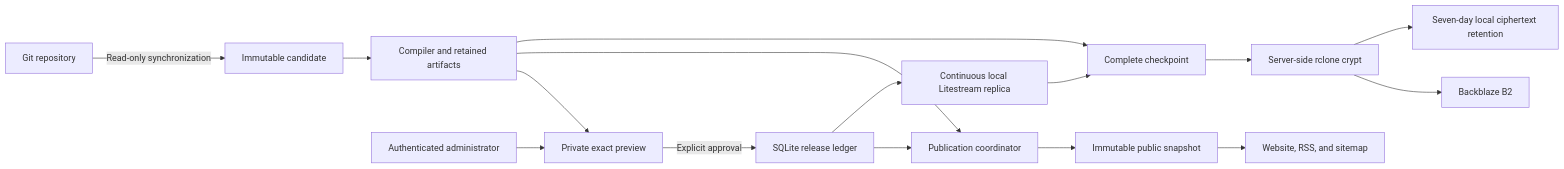
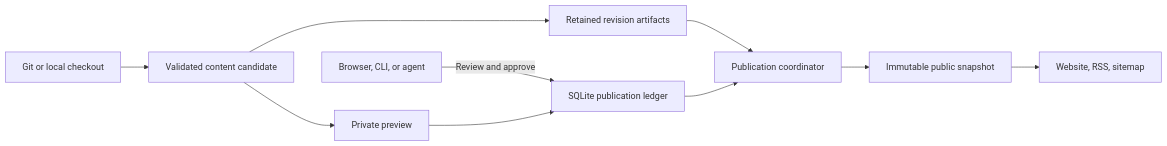
One commit to tee8z/maincopy changed the first of 2 diagrams in docs/design.md. Above: the diagram before and after it, drawn with Mermaid. The commit also changed other lines of this file and 13 other files, not shown here.

````diff
--- a/docs/design.md
+++ b/docs/design.md
@@ -12,18 +10,12 @@
 ```mermaid
 flowchart LR
-    Git[Git repository] -->|Read-only synchronization| Candidate[Immutable candidate]
-    Candidate --> Compiler[Compiler and retained artifacts]
-    Compiler --> Preview[Private exact preview]
-    Admin[Authenticated administrator] --> Preview
-    Preview -->|Explicit approval| Ledger[SQLite release ledger]
-    Ledger --> Activation[Publication coordinator]
-    Compiler --> Activation
+    Git[Git or local checkout] --> Candidate[Validated content candidate]
+    Candidate --> Preview[Private preview]
+    Admin[Browser, CLI, or agent] -->|Review and approve| Ledger[SQLite publication ledger]
+    Preview --> Ledger
+    Candidate --> Artifacts[Retained revision artifacts]
+    Artifacts --> Activation[Publication coordinator]
+    Ledger --> Activation
     Activation --> Snapshot[Immutable public snapshot]
-    Snapshot --> Public[Website, RSS, and sitemap]
-    Ledger --> Litestream[Continuous local Litestream replica]
-    Litestream --> Checkpoint[Complete checkpoint]
-    Compiler --> Checkpoint
-    Checkpoint --> Encryption[Server-side rclone crypt]
-    Encryption --> B2[Backblaze B2]
-    Encryption --> Local[Seven-day local ciphertext retention]
+    Snapshot --> Public[Website, RSS, sitemap]
 ```
````
